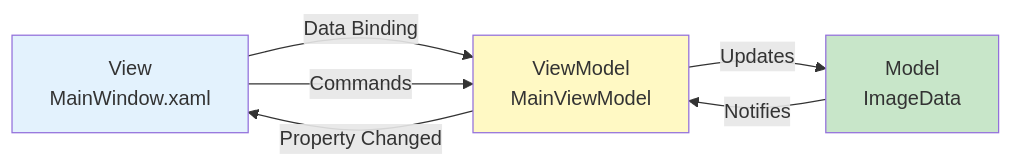
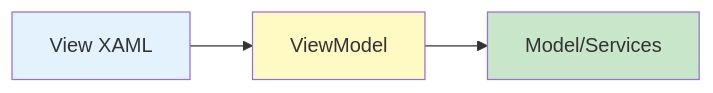
The second of 2 diagrams in ARCHITECTURE.md (Anoopa-kedila/ImageReviewer), drawn with Mermaid before and after one commit. The commit also changed other lines of this file, not shown here.

First line of the commit message:
Simplify architecture documentation

````diff
--- a/ARCHITECTURE.md
+++ b/ARCHITECTURE.md
@@ -728,16 +88,9 @@
 ```mermaid
 graph LR
-    V[View<br/>MainWindow.xaml] 
-    VM[ViewModel<br/>MainViewModel]
-    M[Model<br/>ImageData]
-    
-    V -->|Data Binding| VM
-    V -->|Commands| VM
-    VM -->|Property Changed| V
-    VM -->|Updates| M
-    M -->|Notifies| VM
-    
-    style V fill:#e3f2fd
-    style VM fill:#fff9c4
-    style M fill:#c8e6c9
+    View[View XAML] --> ViewModel[ViewModel]
+    ViewModel --> Model[Model/Services]
+
+    style View fill:#e3f2fd
+    style ViewModel fill:#fff9c4
+    style Model fill:#c8e6c9
 ```
````
